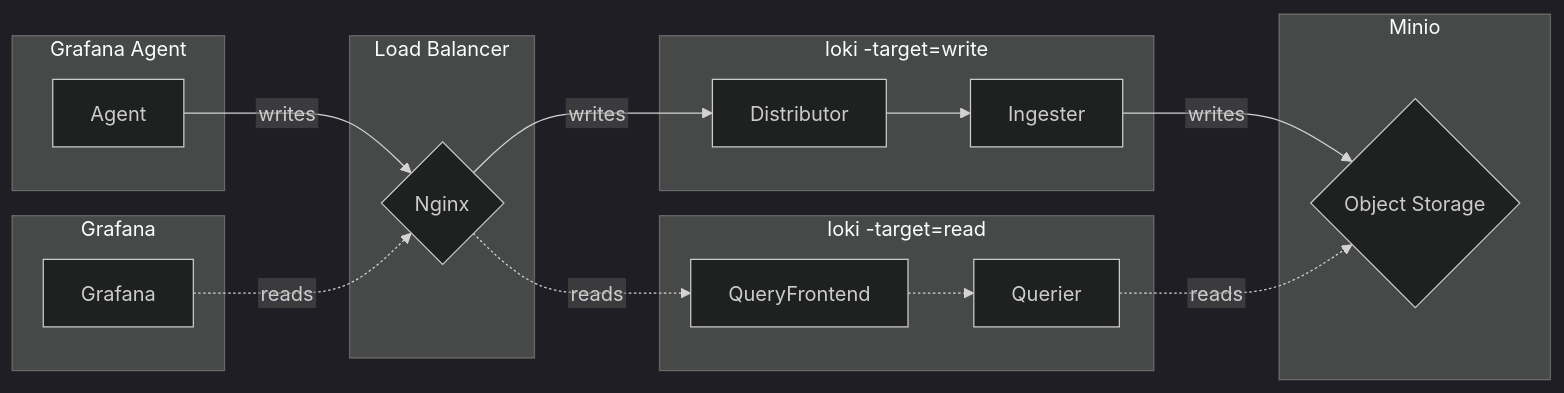
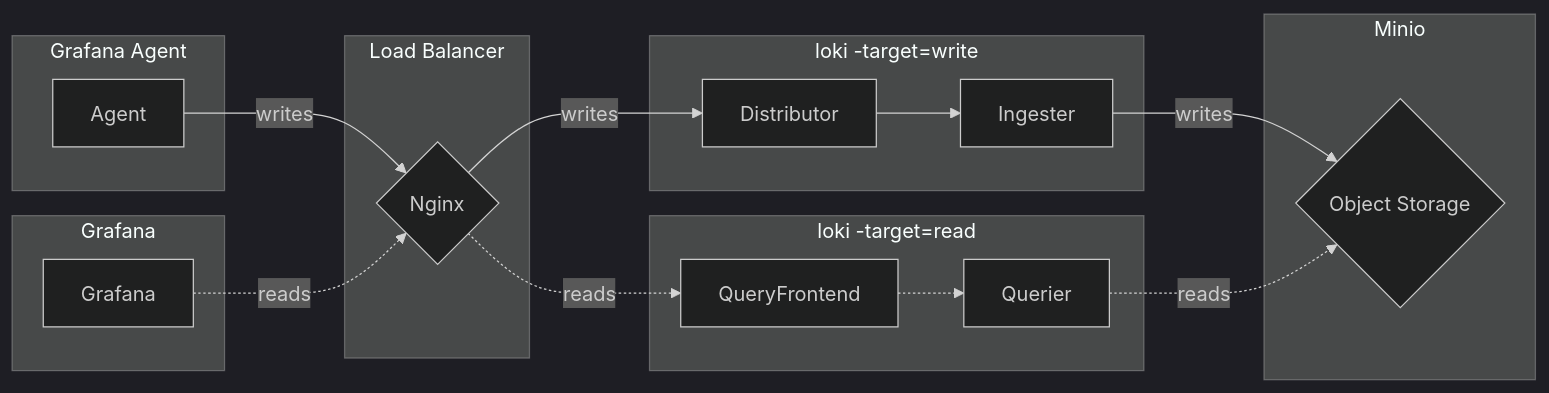
One commit to qclaogui/codelab-monitoring changed the diagram in docker-compose/read-write-mode/logs/README.md. Above: the diagram before and after it, drawn with Mermaid (dark theme). The commit also changed 3 other files, not shown here.

````diff
--- a/docker-compose/read-write-mode/logs/README.md
+++ b/docker-compose/read-write-mode/logs/README.md
@@ -23,32 +23,31 @@
 ```mermaid
-%%{init: {"flowchart": {"htmlLabels": false}} }%%
 flowchart LR
     Agent   --> |writes| Nginx --> |writes| Distributor   --> Ingester --> |writes| ObjectStorage
     Grafana -.->|reads | Nginx -.->|reads | QueryFrontend -.-> Querier -.->|reads | ObjectStorage
 
     subgraph Minio
         ObjectStorage{"Object Storage"}
     end
 
     subgraph GrafanaAgent["Grafana Agent"]
         Agent
     end
 
     subgraph GFGraph["Grafana"]
         Grafana
     end
 
     subgraph GateWay["Load Balancer"]
         Nginx{"Nginx"}
     end
 
     subgraph LokiWrite["loki -target=write"]
         Ingester
         Distributor
     end
 
     subgraph LokiRead["loki -target=read"]
         Querier
         QueryFrontend
     end
 ```
````
